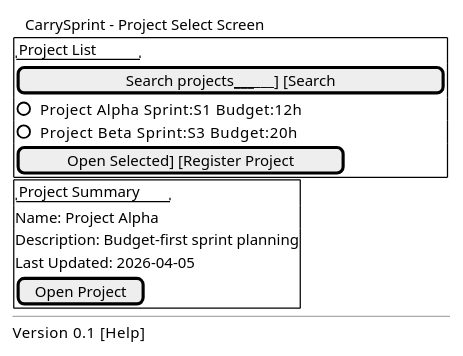
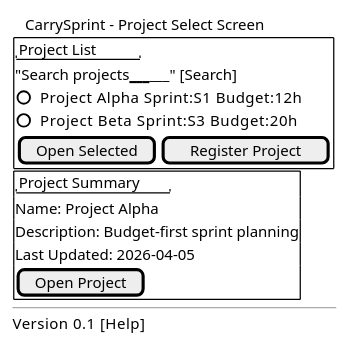
Before and after one commit to fangface-hub/carry_sprint_docs: the diagram in docs/ui/screen_project_select.puml, drawn with PlantUML. The commit also changed 11 other files, not shown here.

```diff
--- a/docs/ui/screen_project_select.puml
+++ b/docs/ui/screen_project_select.puml
@@ -1,27 +1,29 @@
 @startuml CarrySprintProjectSelectScreen
 salt
 {
 {T
 + CarrySprint - Project Select Screen
 }
 {|
 {+
 "Project List"
-[Search projects__________________] [Search]
+"Search projects__________________" [Search]
 ()	Project Alpha   Sprint:S1   Budget:12h
 ()	Project Beta    Sprint:S3   Budget:20h
-[Open Selected] [Register Project]
+{
+[Open Selected] | [Register Project]
+}
 }
 {+
 "Project Summary"
 Name: Project Alpha
 Description: Budget-first sprint planning
 Last Updated: 2026-04-05
 [Open Project]
 }
 |}
 --
 Version 0.1   [Help]
 }
 }
 @enduml
```
